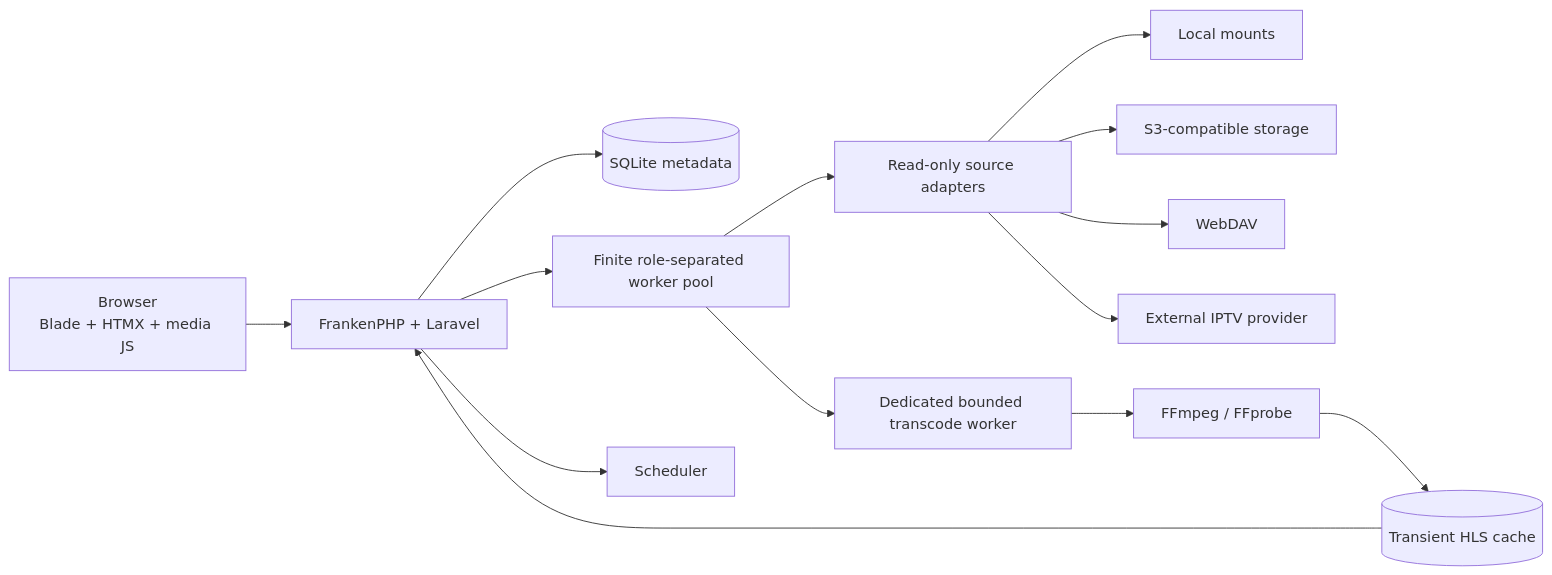
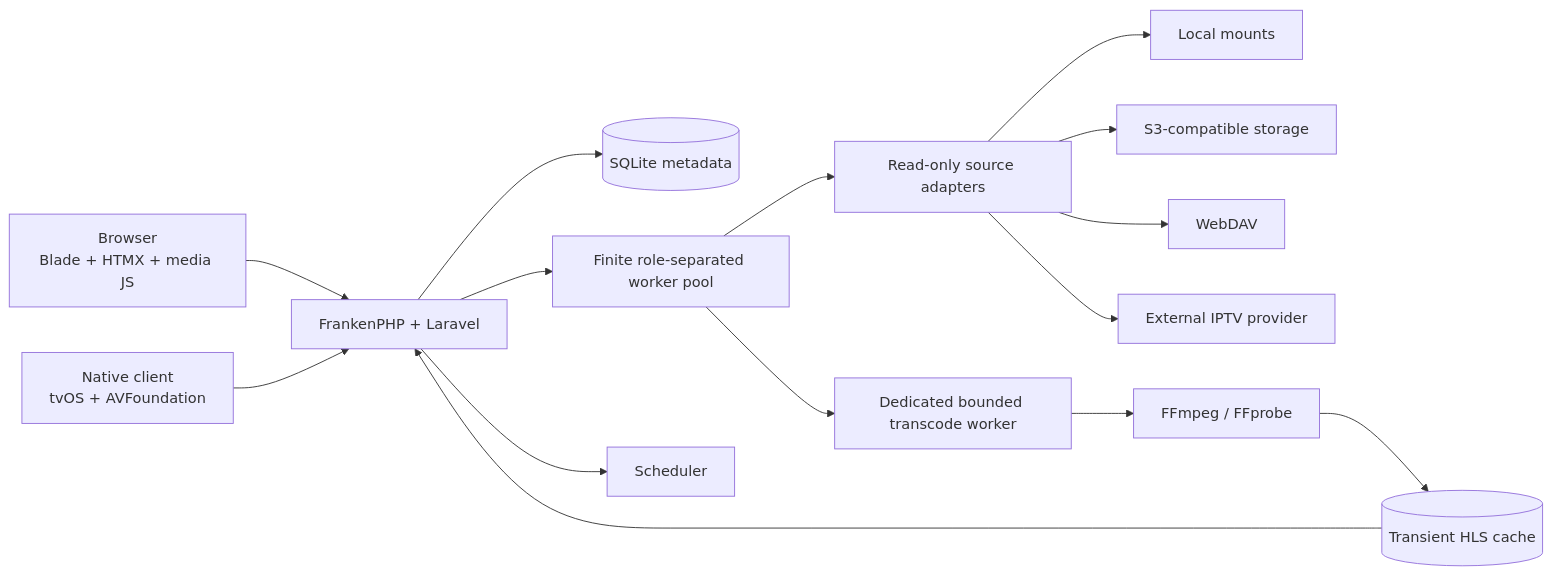
Before and after one commit to killer1loop/odissey: the diagram in docs/ARCHITECTURE.md, drawn with Mermaid. The commit also changed other lines of this file and 74 other files, not shown here.

Commit message:
Add native client API and playback support

````diff
--- a/docs/ARCHITECTURE.md
+++ b/docs/ARCHITECTURE.md
@@ -19,16 +19,17 @@
 ```mermaid
 flowchart LR
     B["Browser<br>Blade + HTMX + media JS"] --> W["FrankenPHP + Laravel"]
+    N["Native client<br>tvOS + AVFoundation"] --> W
     W --> D[("SQLite metadata")]
     W --> Q["Finite role-separated worker pool"]
     W --> S["Scheduler"]
     Q --> A["Read-only source adapters"]
     A --> L["Local mounts"]
     A --> O["S3-compatible storage"]
     A --> V["WebDAV"]
     A --> I["External IPTV provider"]
     Q --> M["Dedicated bounded transcode worker"]
     M --> F["FFmpeg / FFprobe"]
     F --> T[("Transient HLS cache")]
     T --> W
 ```
````
